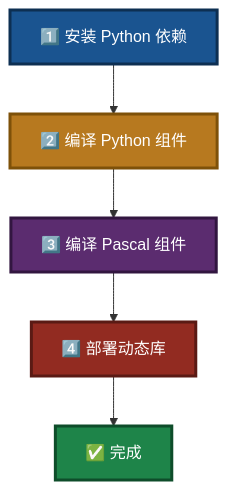
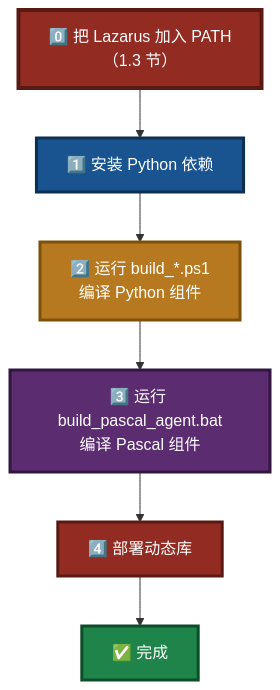
One commit to PassByYou888/LingoFuse-pasAgent-v3 changed the second of 4 diagrams in Build_Guide.md. Above: the diagram before and after it, drawn with Mermaid. The commit also changed other lines of this file and 83 other files, not shown here.

````diff
--- a/Build_Guide.md
+++ b/Build_Guide.md
@@ -180,13 +215,15 @@
 ```mermaid
 flowchart TB
-    S1["1️⃣ 安装 Python 依赖"] --> S2["2️⃣ 编译 Python 组件"]
-    S2 --> S3["3️⃣ 编译 Pascal 组件"]
+    S0["0️⃣ 把 Lazarus 加入 PATH<br/>（1.3 节）"] --> S1["1️⃣ 安装 Python 依赖"]
+    S1 --> S2["2️⃣ 运行 build_*.ps1<br/>编译 Python 组件"]
+    S2 --> S3["3️⃣ 运行 build_pascal_agent.bat<br/>编译 Pascal 组件"]
     S3 --> S4["4️⃣ 部署动态库"]
     S4 --> S5["✅ 完成"]
 
+    style S0 fill:#922B21,stroke:#5A1A14,stroke-width:4px,color:#FFFFFF
     style S1 fill:#1A5490,stroke:#0D2F52,stroke-width:3px,color:#FFFFFF
     style S2 fill:#B7791F,stroke:#7E5109,stroke-width:3px,color:#FFFFFF
     style S3 fill:#5B2C6F,stroke:#321640,stroke-width:3px,color:#FFFFFF
     style S4 fill:#922B21,stroke:#5A1A14,stroke-width:3px,color:#FFFFFF
     style S5 fill:#1E8449,stroke:#0E4D2A,stroke-width:3px,color:#FFFFFF
 ```
````
